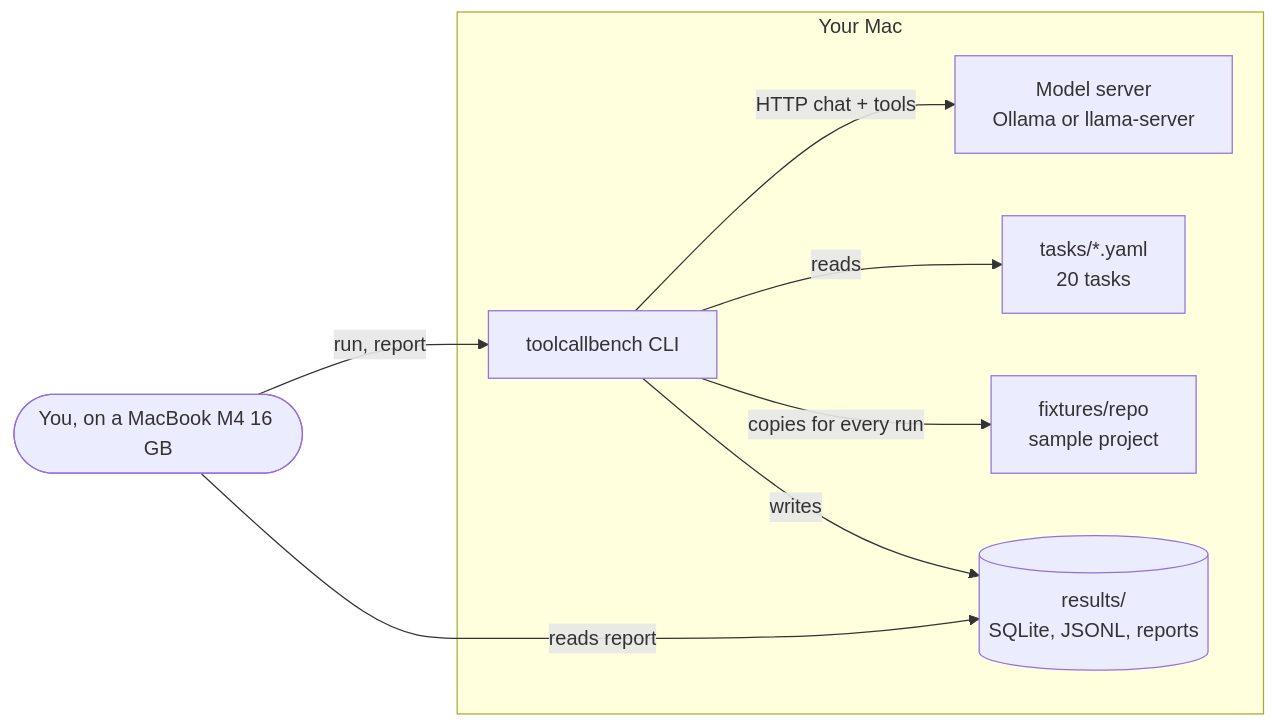
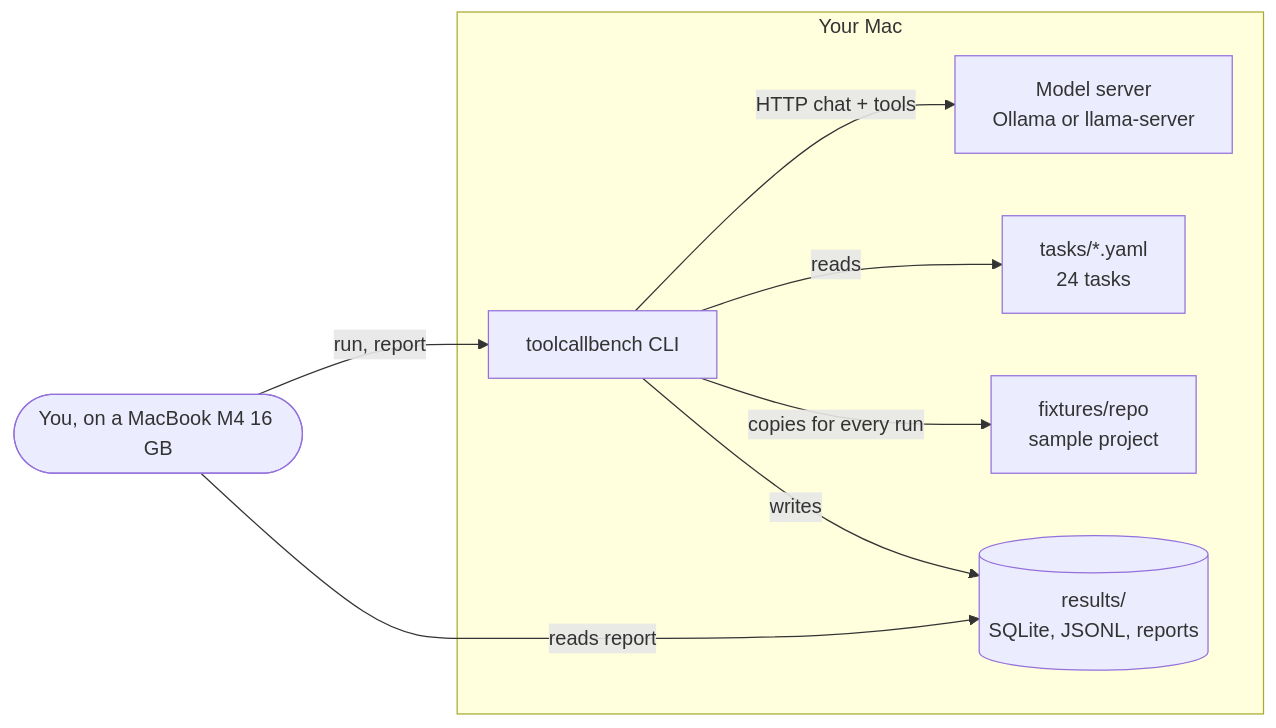
One commit to herinpatel15/toolcallbench changed the first of 7 diagrams in docs/ARCHITECTURE.md. Above: the diagram before and after it, drawn with Mermaid. The commit also changed 41 other files, not shown here.

````diff
--- a/docs/ARCHITECTURE.md
+++ b/docs/ARCHITECTURE.md
@@ -9,17 +9,17 @@
 ```mermaid
 flowchart LR
     user([You, on a MacBook M4 16 GB])
     subgraph mac[Your Mac]
         cli[toolcallbench CLI]
         server[Model server<br/>Ollama or llama-server]
         files[(results/<br/>SQLite, JSONL, reports)]
         repo[fixtures/repo<br/>sample project]
-        tasks[tasks/*.yaml<br/>20 tasks]
+        tasks[tasks/*.yaml<br/>24 tasks]
     end
     user -->|run, report| cli
     cli -->|HTTP chat + tools| server
     cli -->|reads| tasks
     cli -->|copies for every run| repo
     cli -->|writes| files
     user -->|reads report| files
 ```
````
